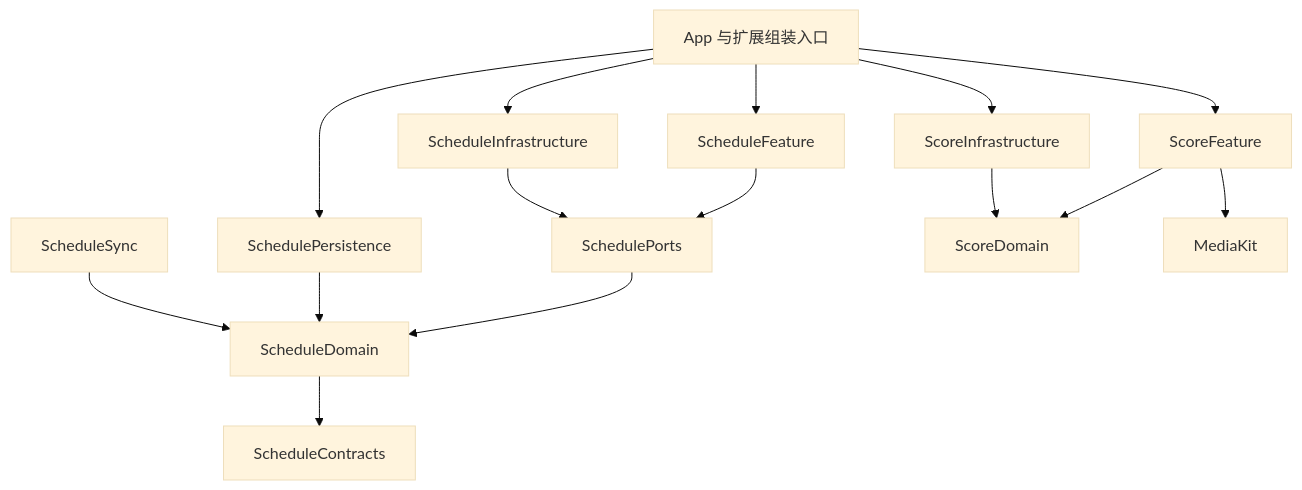
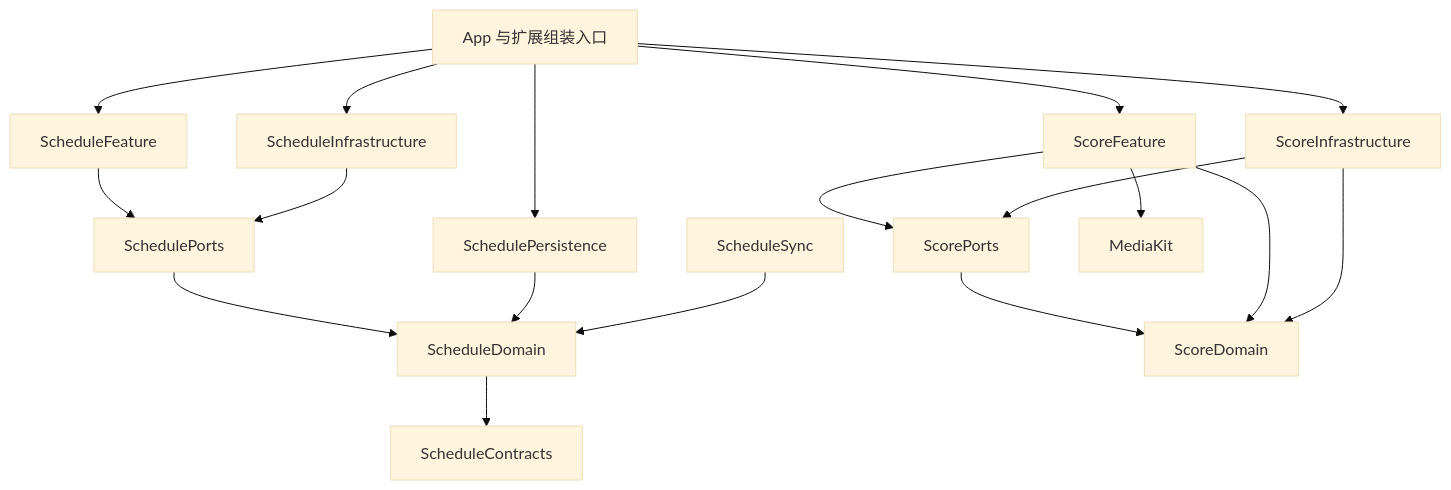
Before and after one commit to BIT101-dev/BIT101-iOS: the diagram in docs/ARCHITECTURE.md, drawn with Mermaid (base theme). The commit also changed other lines of this file and 48 other files, not shown here.

````diff
--- a/docs/ARCHITECTURE.md
+++ b/docs/ARCHITECTURE.md
@@ -31,17 +32,20 @@
 ```mermaid
 flowchart TD
     App[App 与扩展组装入口] --> ScheduleFeature
     App --> ScheduleInfrastructure
     App --> SchedulePersistence
     App --> ScoreFeature
     App --> ScoreInfrastructure
     ScheduleFeature --> SchedulePorts
     ScheduleInfrastructure --> SchedulePorts
     SchedulePorts --> ScheduleDomain
     SchedulePersistence --> ScheduleDomain
     ScheduleDomain --> ScheduleContracts
     ScheduleSync --> ScheduleDomain
+    ScoreFeature --> ScorePorts
+    ScorePorts --> ScoreDomain
     ScoreFeature --> ScoreDomain
     ScoreFeature --> MediaKit
+    ScoreInfrastructure --> ScorePorts
     ScoreInfrastructure --> ScoreDomain
 ```
````
